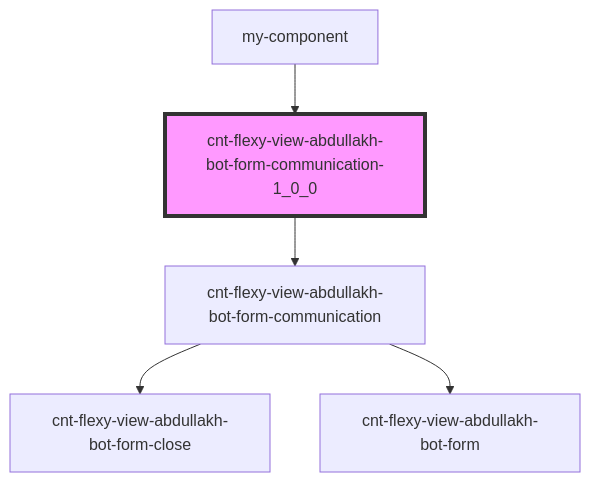
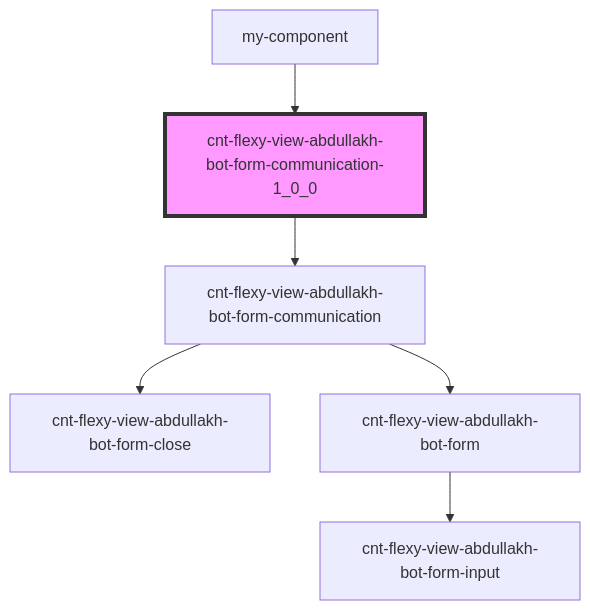
Before and after one commit to Wokh-Dada/botdevelopmentapp: the diagram in src/components/cnt-flexy-view-abdullakh-bot-form-communication-1_0_0/readme.md, drawn with Mermaid. The commit also changed 8 other files, not shown here.

````diff
--- a/src/components/cnt-flexy-view-abdullakh-bot-form-communication-1_0_0/readme.md
+++ b/src/components/cnt-flexy-view-abdullakh-bot-form-communication-1_0_0/readme.md
@@ -34,8 +34,9 @@
 ```mermaid
 graph TD;
   cnt-flexy-view-abdullakh-bot-form-communication-1_0_0 --> cnt-flexy-view-abdullakh-bot-form-communication
   cnt-flexy-view-abdullakh-bot-form-communication --> cnt-flexy-view-abdullakh-bot-form-close
   cnt-flexy-view-abdullakh-bot-form-communication --> cnt-flexy-view-abdullakh-bot-form
+  cnt-flexy-view-abdullakh-bot-form --> cnt-flexy-view-abdullakh-bot-form-input
   my-component --> cnt-flexy-view-abdullakh-bot-form-communication-1_0_0
   style cnt-flexy-view-abdullakh-bot-form-communication-1_0_0 fill:#f9f,stroke:#333,stroke-width:4px
 ```
````
